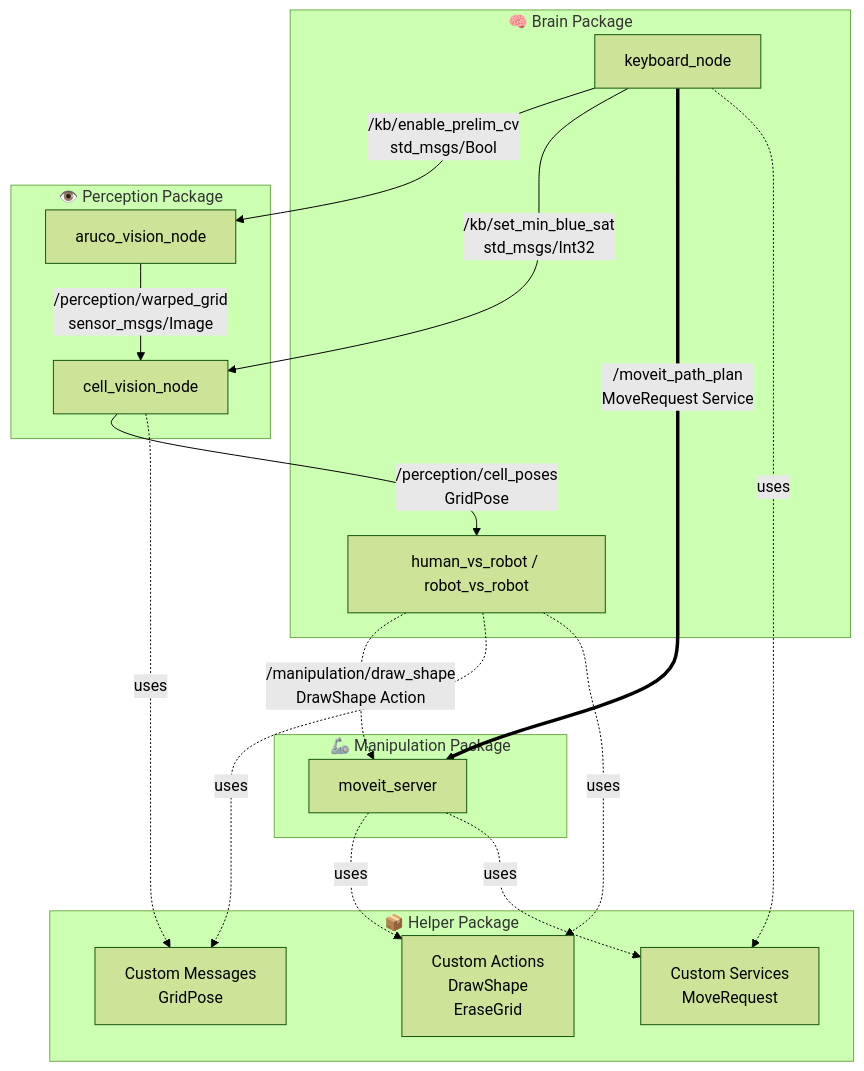
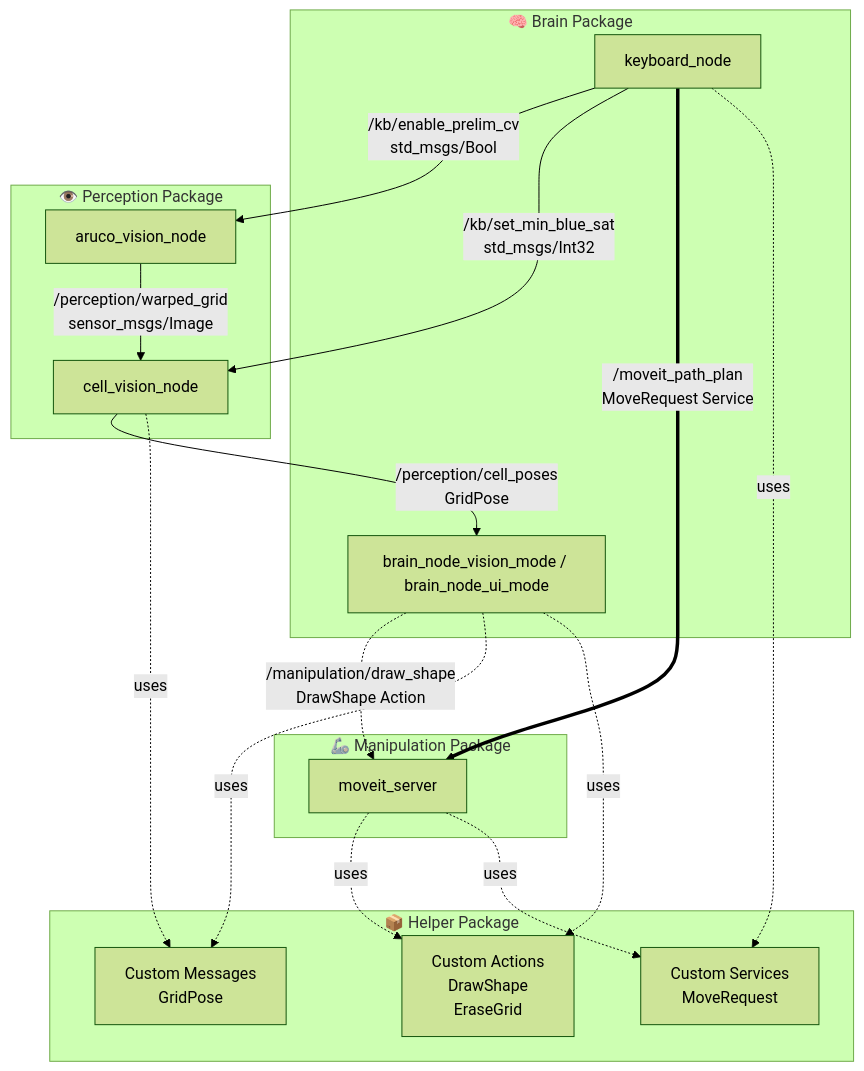
Before and after one commit to AbdulShahzeb/ros-tictactoe-ur: the first of 3 diagrams in README.md, drawn with Mermaid (forest theme). The commit also changed other lines of this file and 4 other files, not shown here.

Commit message:
Renamed HvR and RvR to Vision mode and UI mode

````diff
--- a/README.md
+++ b/README.md
@@ -94,44 +94,44 @@
 ```mermaid
 graph TB
     subgraph brain["🧠 Brain Package"]
         keyboard[keyboard_node]
-        hvr[human_vs_robot / robot_vs_robot]
+        brain_node[brain_node_vision_mode / brain_node_ui_mode]
     end
 
     subgraph perception["👁️ Perception Package"]
         aruco[aruco_vision_node]
         cell[cell_vision_node]
     end
 
     subgraph manipulation["🦾 Manipulation Package"]
         moveit[moveit_server]
     end
 
     subgraph helper["📦 Helper Package"]
         msgs[Custom Messages<br/>GridPose]
         srvs[Custom Services<br/>MoveRequest]
         actions[Custom Actions<br/>DrawShape<br/>EraseGrid]
     end
 
     %% Perception to Brain
     aruco -->|/perception/warped_grid<br/>sensor_msgs/Image| cell
-    cell -->|/perception/cell_poses<br/>GridPose| hvr
+    cell -->|/perception/cell_poses<br/>GridPose| brain_node
 
     %% Brain to Manipulation
-    hvr -.->|/manipulation/draw_shape<br/>DrawShape Action| moveit
+    brain_node -.->|/manipulation/draw_shape<br/>DrawShape Action| moveit
     
     %% Keyboard to Perception
     keyboard -->|/kb/enable_prelim_cv<br/>std_msgs/Bool| aruco
     keyboard -->|/kb/set_min_blue_sat<br/>std_msgs/Int32| cell
     
     %% Keyboard to Manipulation
     keyboard ==>|/moveit_path_plan<br/>MoveRequest Service| moveit
 
     %% Helper dependencies
     cell -.->|uses| msgs
-    hvr -.->|uses| msgs
-    hvr -.->|uses| actions
+    brain_node -.->|uses| msgs
+    brain_node -.->|uses| actions
     moveit -.->|uses| actions
     moveit -.->|uses| srvs
     keyboard -.->|uses| srvs
 ```
````
